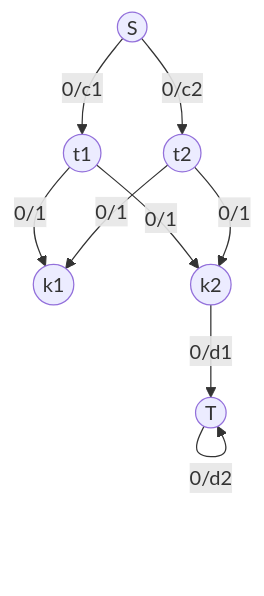
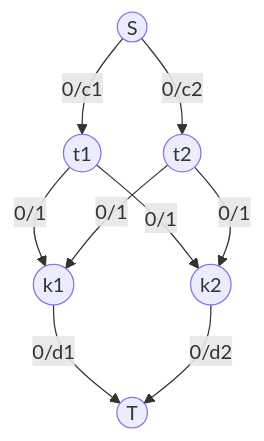
Before and after one commit to bfeitknecht/vault: the diagram in vault/sem2/AuW/UE/cx/bf/cx08-bf.md, drawn with Mermaid. The commit also changed other lines of this file and 6 other files, not shown here.

````diff
--- a/vault/sem2/AuW/UE/cx/bf/cx08-bf.md
+++ b/vault/sem2/AuW/UE/cx/bf/cx08-bf.md
@@ -9,19 +12,19 @@
 ```mermaid
 flowchart TD
 
 id0((S))
 id1((t1))
 id2((t2))
 id3((k1))
 id4((k2))
 id5((T))
 
 id0 -->|"0/c1"| id1 -->|"0/1"| id3 & id4
 id0 -->|"0/c2"| id2 -->|"0/1"| id3 & id4
 
 
-id4 -->|"0/d1"| id5
-id5 -->|"0/d2"| id5
+id3 -->|"0/d1"| id5
+id4 -->|"0/d2"| id5
 
 
 ```
````
